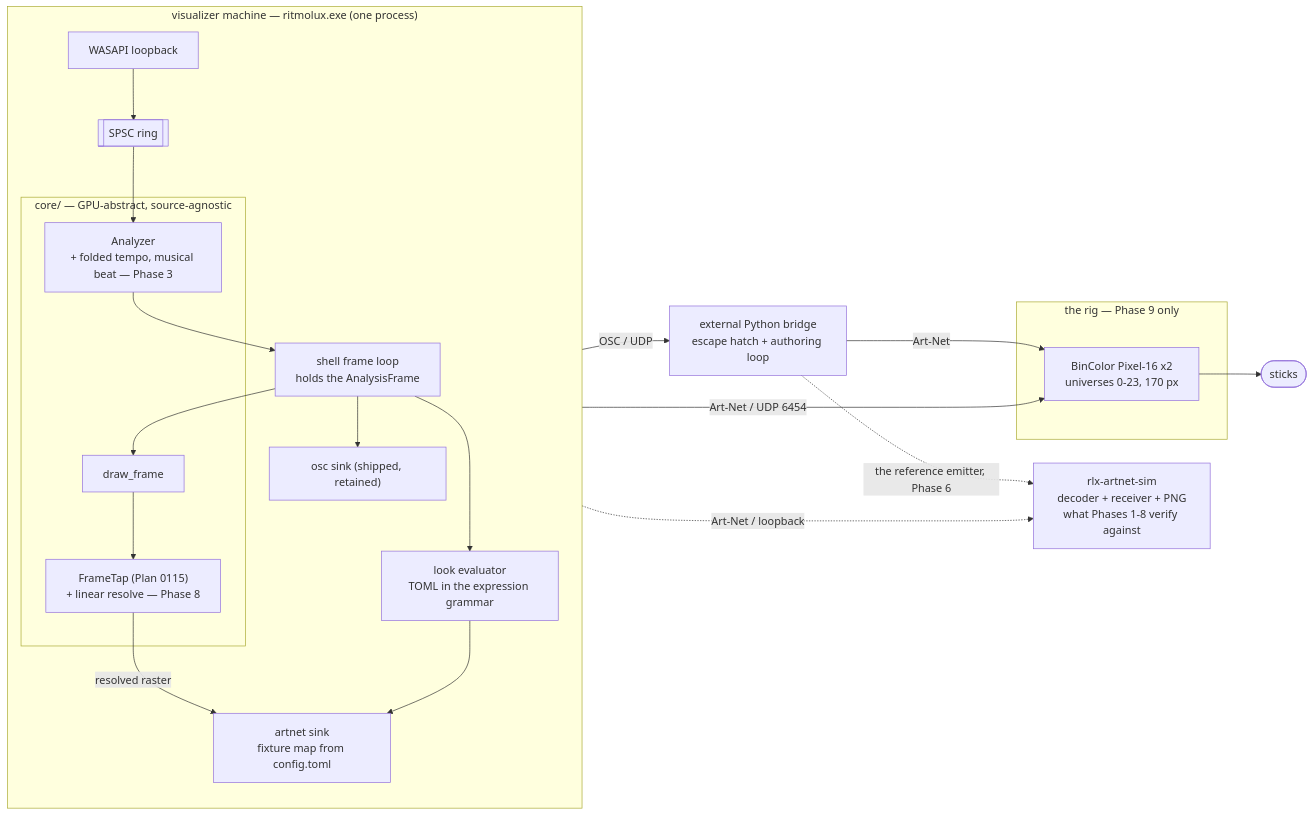
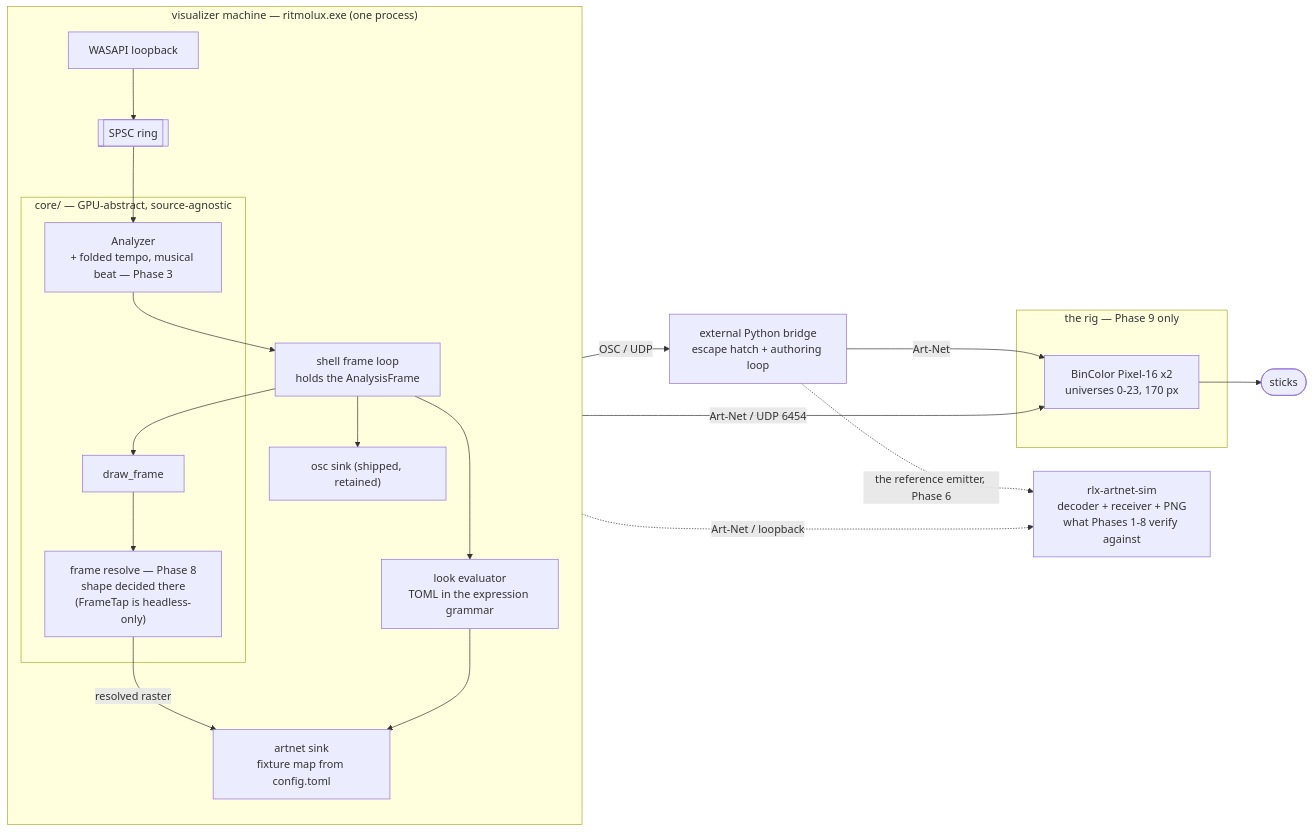
The diagram in docs/plans/0133-the-engine-drives-the-lights.md (IgorKonovalov/Ritmolux), drawn with Mermaid before and after one commit. The commit also changed other lines of this file and 7 other files, not shown here.

````diff
--- a/docs/plans/0133-the-engine-drives-the-lights.md
+++ b/docs/plans/0133-the-engine-drives-the-lights.md
@@ -72,32 +88,32 @@
 ```mermaid
 flowchart LR
     subgraph vis["visualizer machine — ritmolux.exe (one process)"]
         direction TB
         wasapi["WASAPI loopback"]
         ring[["SPSC ring"]]
         subgraph core["core/ — GPU-abstract, source-agnostic"]
             an["Analyzer<br/>+ folded tempo, musical beat — Phase 3"]
             df["draw_frame"]
-            tap["FrameTap (Plan 0115)<br/>+ linear resolve — Phase 8"]
+            tap["frame resolve — Phase 8<br/>shape decided there<br/>(FrameTap is headless-only)"]
         end
         loop["shell frame loop<br/>holds the AnalysisFrame"]
         look["look evaluator<br/>TOML in the expression grammar"]
         artnet["artnet sink<br/>fixture map from config.toml"]
         osc["osc sink (shipped, retained)"]
     end
     subgraph rig["the rig — Phase 9 only"]
         nodes["BinColor Pixel-16 x2<br/>universes 0-23, 170 px"]
     end
     sim["rlx-artnet-sim<br/>decoder + receiver + PNG<br/>what Phases 1-8 verify against"]
     lamps(["sticks"])
     bridge["external Python bridge<br/>escape hatch + authoring loop"]
 
     wasapi --> ring --> an --> loop
     loop --> df --> tap -->|"resolved raster"| artnet
     loop --> look --> artnet
     loop --> osc
     artnet -->|"Art-Net / UDP 6454"| nodes --> lamps
     artnet -.->|"Art-Net / loopback"| sim
     osc -->|"OSC / UDP"| bridge -->|"Art-Net"| nodes
     bridge -.->|"the reference emitter, Phase 6"| sim
 ```
````
